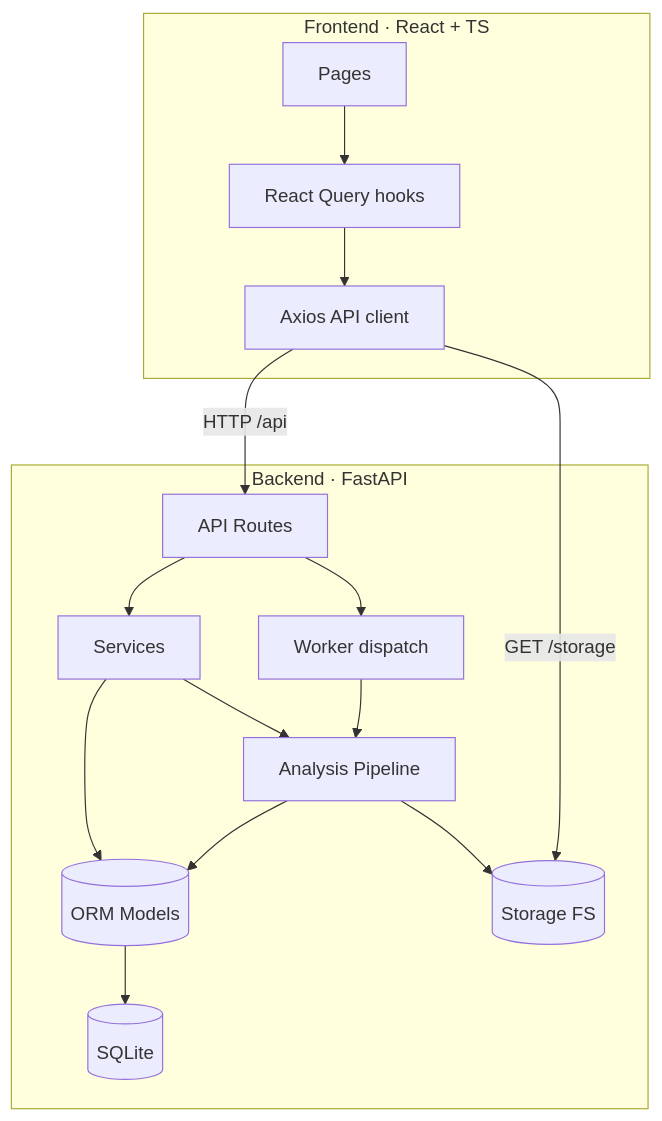
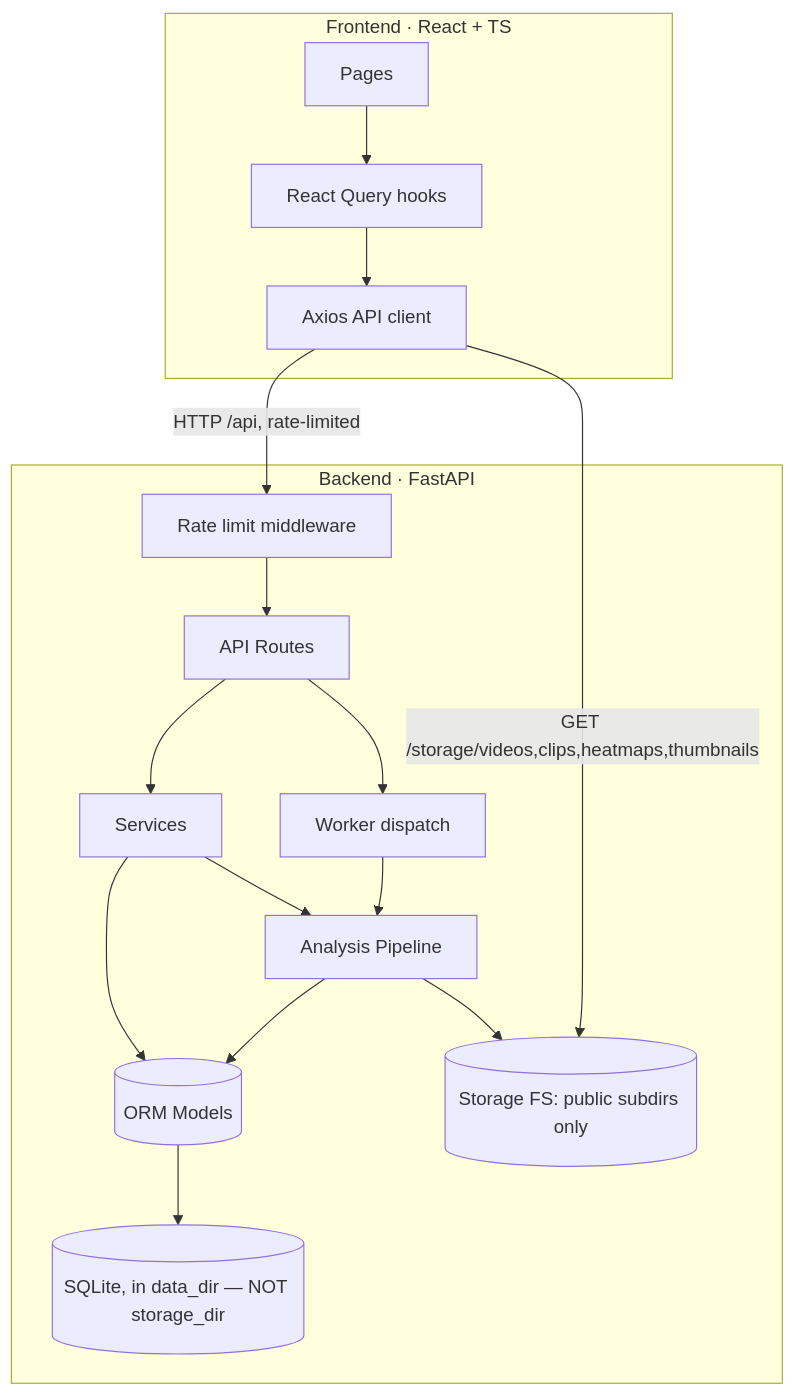
Before and after one commit to vihaanshah191/Offline-Video-Segmentation-and-ROI-Detection: the first of 2 diagrams in docs/ARCHITECTURE.md, drawn with Mermaid. The commit also changed other lines of this file and 15 other files, not shown here.

````diff
--- a/docs/ARCHITECTURE.md
+++ b/docs/ARCHITECTURE.md
@@ -10,21 +11,22 @@
 ```mermaid
 flowchart TB
     subgraph Frontend[Frontend · React + TS]
       Pages[Pages] --> Hooks[React Query hooks]
       Hooks --> APIClient[Axios API client]
     end
 
     subgraph Backend[Backend · FastAPI]
-      Routes[API Routes] --> Services[Services]
+      RateLimit[Rate limit middleware] --> Routes[API Routes]
+      Routes --> Services[Services]
       Services --> Pipeline[Analysis Pipeline]
       Routes --> Workers[Worker dispatch]
       Workers --> Pipeline
       Services --> Models[(ORM Models)]
       Pipeline --> Models
-      Models --> DBEngine[(SQLite)]
-      Pipeline --> Storage[(Storage FS)]
+      Models --> DBEngine[(SQLite, in data_dir — NOT storage_dir)]
+      Pipeline --> Storage[(Storage FS: public subdirs only)]
     end
 
-    APIClient -->|HTTP /api| Routes
-    APIClient -->|GET /storage| Storage
+    APIClient -->|HTTP /api, rate-limited| RateLimit
+    APIClient -->|GET /storage/videos,clips,heatmaps,thumbnails| Storage
 ```
````
